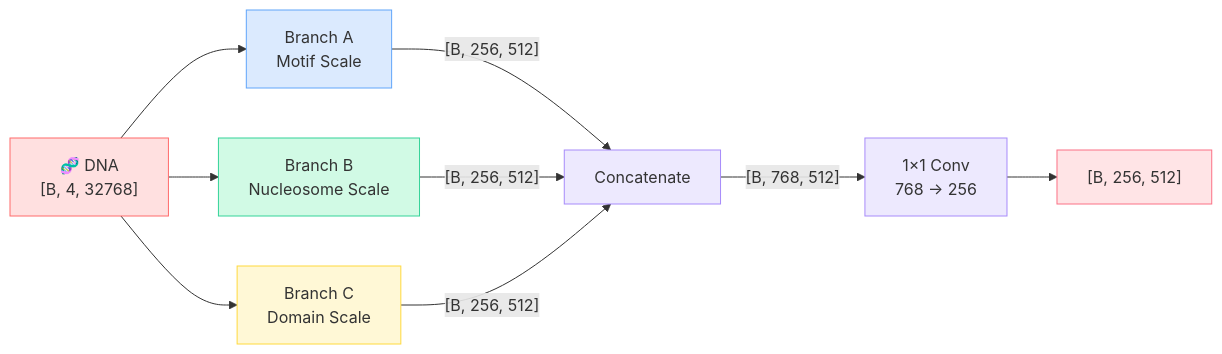
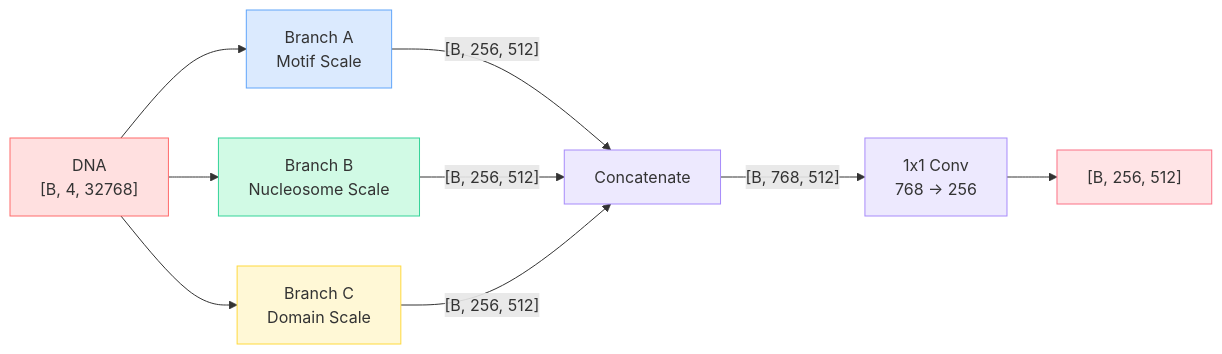
Before and after one commit to shreyakat0ch/hist4.1: the diagram in docs/architecture/dna_encoder.md, drawn with Mermaid. The commit also changed other lines of this file and 11 other files, not shown here.

````diff
--- a/docs/architecture/dna_encoder.md
+++ b/docs/architecture/dna_encoder.md
@@ -19,21 +19,21 @@
 ```mermaid
 flowchart LR
-    DNA["🧬 DNA<br/>[B, 4, 32768]"] --> A["Branch A<br/>Motif Scale"]
+    DNA["DNA<br/>[B, 4, 32768]"] --> A["Branch A<br/>Motif Scale"]
     DNA --> B["Branch B<br/>Nucleosome Scale"]
     DNA --> C["Branch C<br/>Domain Scale"]
     
     A --> |"[B, 256, 512]"| CAT["Concatenate"]
     B --> |"[B, 256, 512]"| CAT
     C --> |"[B, 256, 512]"| CAT
     
-    CAT --> |"[B, 768, 512]"| MERGE["1×1 Conv<br/>768 → 256"]
+    CAT --> |"[B, 768, 512]"| MERGE["1x1 Conv<br/>768 → 256"]
     MERGE --> OUT["[B, 256, 512]"]
     
     style DNA fill:#FFE0E0,stroke:#FF6B6B,color:#333
     style A fill:#DBEAFE,stroke:#60A5FA,color:#333
     style B fill:#D1FAE5,stroke:#34D399,color:#333
     style C fill:#FFF8D6,stroke:#FFD93D,color:#333
     style CAT fill:#EDE9FE,stroke:#A78BFA,color:#333
     style MERGE fill:#EDE9FE,stroke:#A78BFA,color:#333
     style OUT fill:#FFE4E6,stroke:#FB7185,color:#333
 ```
````
